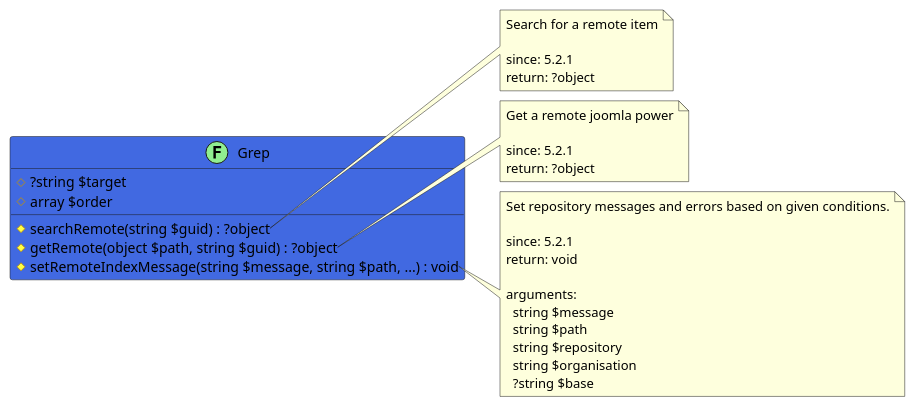
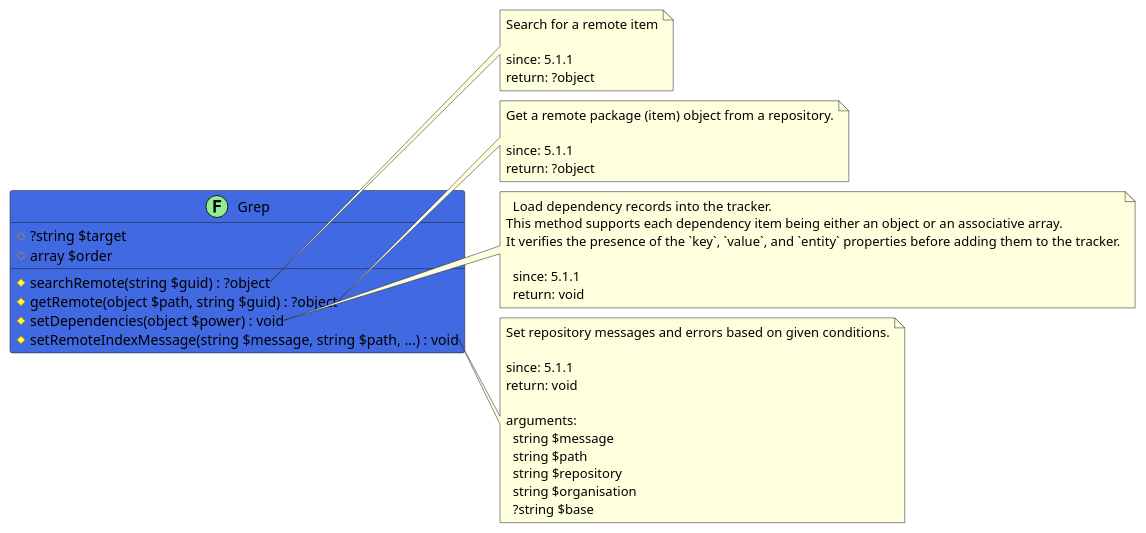
The diagram in src/4715e717-8984-4f4b-b239-753890b20668/README.md (joomengine/jcb-packager), drawn with PlantUML before and after one commit. The commit also changed other lines of this file and 498 other files, not shown here.

````diff
--- a/src/4715e717-8984-4f4b-b239-753890b20668/README.md
+++ b/src/4715e717-8984-4f4b-b239-753890b20668/README.md
@@ -13,40 +6,51 @@
 ```uml
 @startuml
+
 class Grep << (F,LightGreen) >> #RoyalBlue {
   # ?string $target
   # array $order
   # searchRemote(string $guid) : ?object
   # getRemote(object $path, string $guid) : ?object
+  # setDependencies(object $power) : void
   # setRemoteIndexMessage(string $message, string $path, ...) : void
 }
 
 note right of Grep::searchRemote
   Search for a remote item
 
-  since: 5.2.1
+  since: 5.1.1
   return: ?object
 end note
 
 note right of Grep::getRemote
-  Get a remote joomla power
+  Get a remote package (item) object from a repository.
 
-  since: 5.2.1
+  since: 5.1.1
   return: ?object
+end note
+
+note right of Grep::setDependencies
+  Load dependency records into the tracker.
+This method supports each dependency item being either an object or an associative array.
+It verifies the presence of the `key`, `value`, and `entity` properties before adding them to the tracker.
+
+  since: 5.1.1
+  return: void
 end note
 
 note right of Grep::setRemoteIndexMessage
   Set repository messages and errors based on given conditions.
 
-  since: 5.2.1
+  since: 5.1.1
   return: void
   
   arguments:
     string $message
     string $path
     string $repository
     string $organisation
     ?string $base
 end note
- 
+
 @enduml
 ```
````
